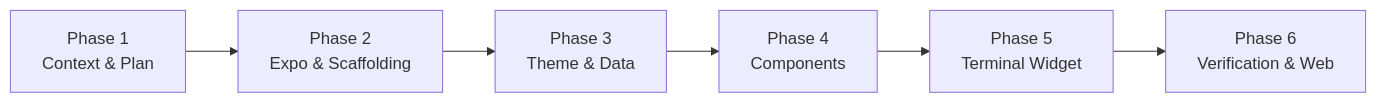
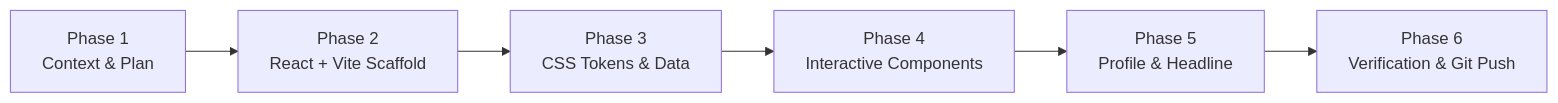
One commit to biswaprakashmohanty324-blip/portfolio- changed the diagram in phases.md. Above: the diagram before and after it, drawn with Mermaid. The commit also changed other lines of this file and 25 other files, not shown here.

Commit message:
Migrate portfolio to standard React 18 + Vite with profile photo and bold branding

````diff
--- a/phases.md
+++ b/phases.md
@@ -9,8 +9,8 @@
 ```mermaid
 graph LR
-    P1["Phase 1<br/>Context & Plan"] --> P2["Phase 2<br/>Expo & Scaffolding"]
-    P2 --> P3["Phase 3<br/>Theme & Data"]
-    P3 --> P4["Phase 4<br/>Components"]
-    P4 --> P5["Phase 5<br/>Terminal Widget"]
-    P5 --> P6["Phase 6<br/>Verification & Web"]
+    P1["Phase 1<br/>Context & Plan"] --> P2["Phase 2<br/>React + Vite Scaffold"]
+    P2 --> P3["Phase 3<br/>CSS Tokens & Data"]
+    P3 --> P4["Phase 4<br/>Interactive Components"]
+    P4 --> P5["Phase 5<br/>Profile & Headline"]
+    P5 --> P6["Phase 6<br/>Verification & Git Push"]
 ```
````
